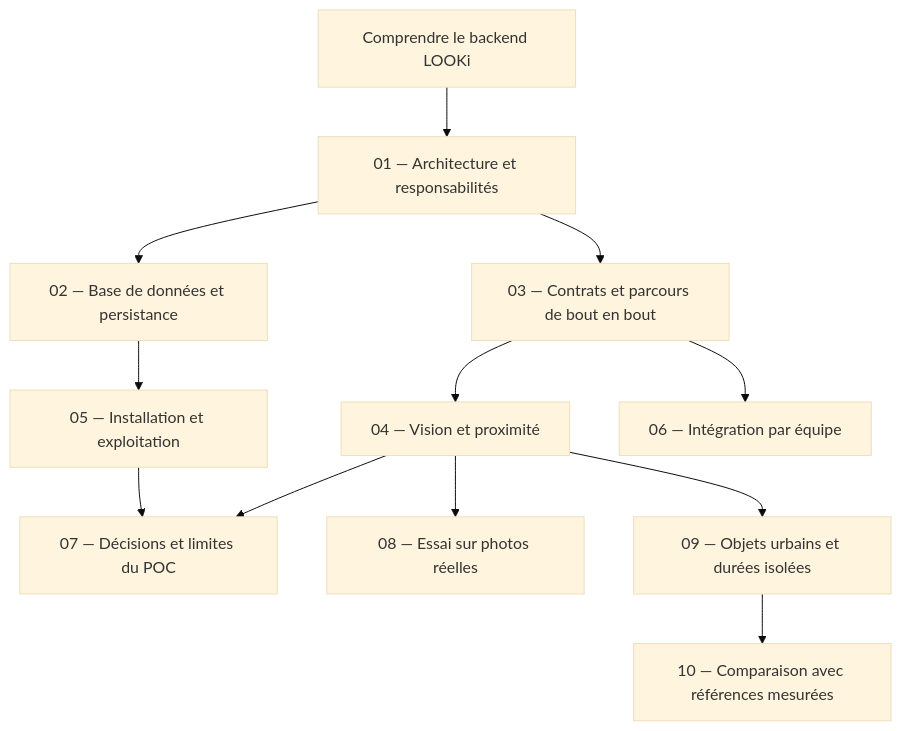
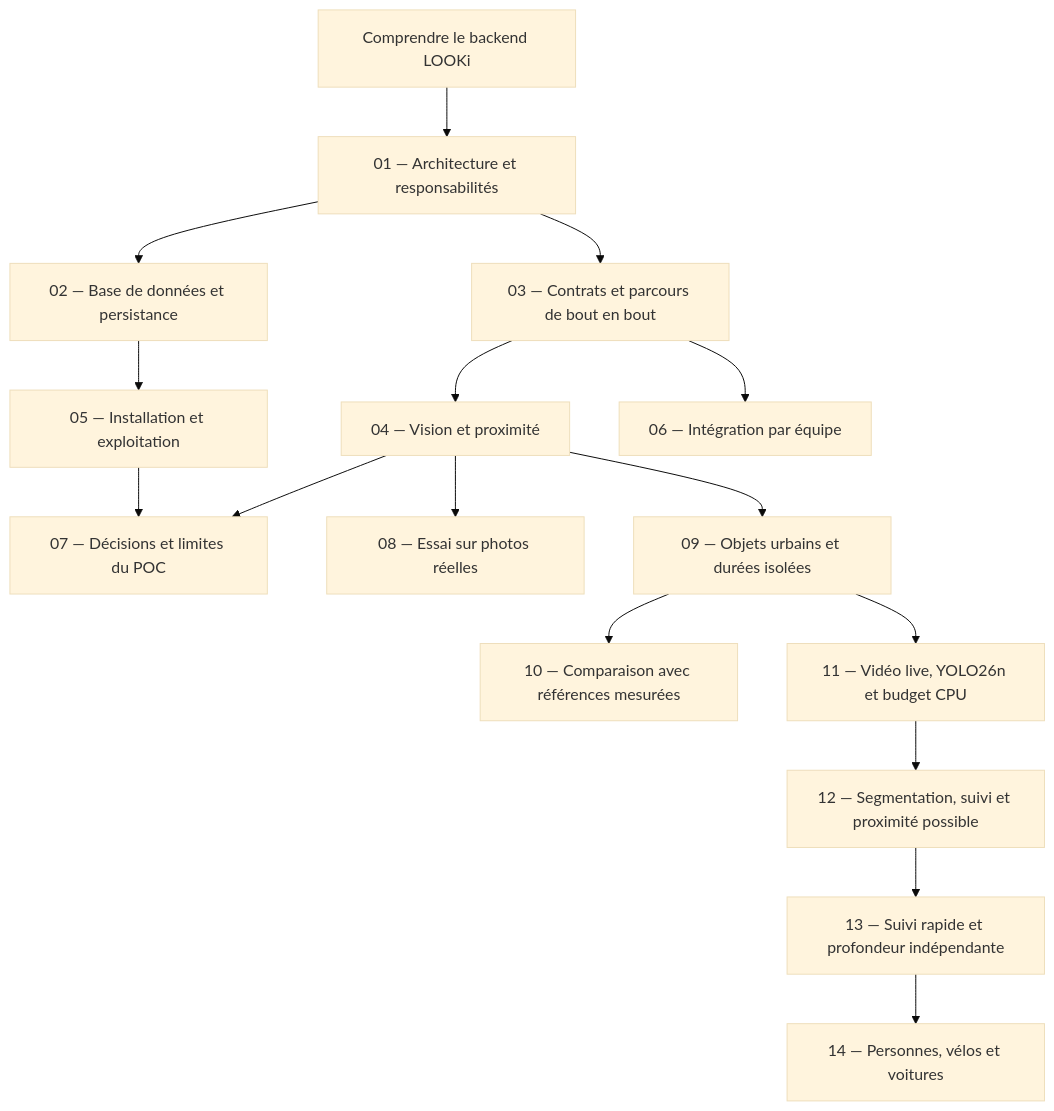
Before and after one commit to Mindsept/Looki--Vision: the first of 2 diagrams in docs/README.md, drawn with Mermaid (base theme). The commit also changed other lines of this file and 75 other files, not shown here.

Commit message:
feat(vision): add live urban tracking and visual proximity alerts

````diff
--- a/docs/README.md
+++ b/docs/README.md
@@ -5,14 +5,18 @@
 ```mermaid
 flowchart TD
     Start[Comprendre le backend LOOKi] --> Arch[01 — Architecture et responsabilités]
     Arch --> Data[02 — Base de données et persistance]
     Arch --> Flow[03 — Contrats et parcours de bout en bout]
     Flow --> Vision[04 — Vision et proximité]
     Data --> Ops[05 — Installation et exploitation]
     Flow --> Team[06 — Intégration par équipe]
     Vision --> Decisions[07 — Décisions et limites du POC]
     Vision --> Indoor[08 — Essai sur photos réelles]
     Vision --> Urban[09 — Objets urbains et durées isolées]
     Urban --> Metric[10 — Comparaison avec références mesurées]
+    Urban --> Live[11 — Vidéo live, YOLO26n et budget CPU]
+    Live --> Seg[12 — Segmentation, suivi et proximité possible]
+    Seg --> Async[13 — Suivi rapide et profondeur indépendante]
+    Async --> UrbanV4[14 — Personnes, vélos et voitures]
     Ops --> Decisions
 ```
````
